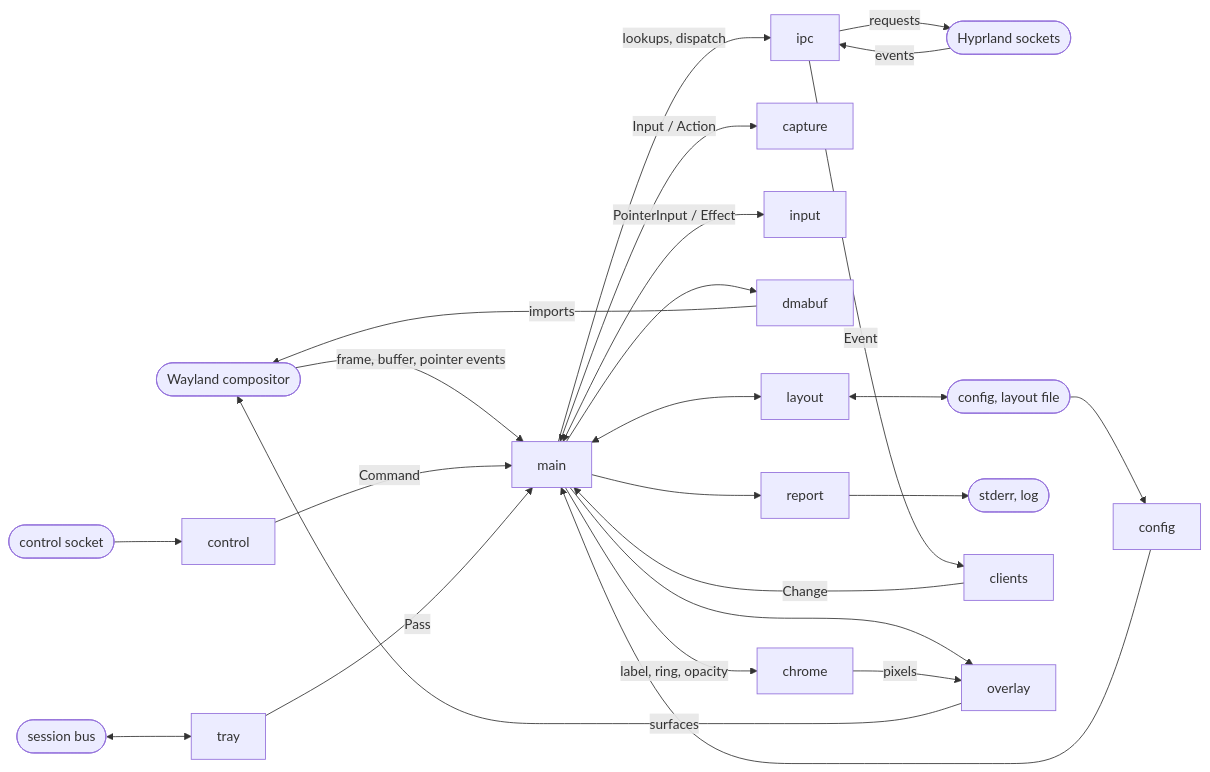
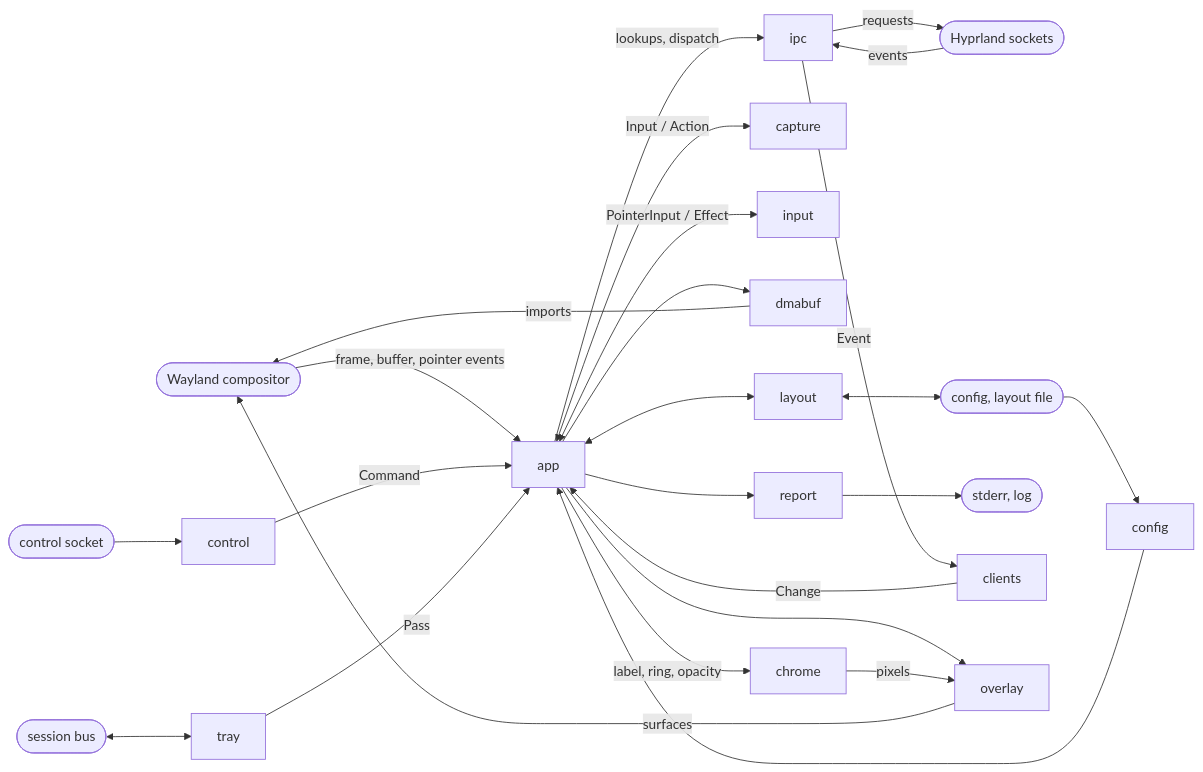
Before and after one commit to greg2010/hypr-eve-preview: the diagram in docs/architecture.md, drawn with Mermaid. The commit also changed other lines of this file and 4 other files, not shown here.

````diff
--- a/docs/architecture.md
+++ b/docs/architecture.md
@@ -31,23 +36,23 @@
 ```mermaid
 flowchart LR
   WL([Wayland compositor])
   HY([Hyprland sockets])
   CS([control socket])
   BUS([session bus])
   FS([config, layout file])
   ERR([stderr, log])
-  WL -->|frame, buffer, pointer events| main
-  HY -->|events| ipc -->|Event| clients -->|Change| main
-  CS --> control -->|Command| main
-  BUS <--> tray -->|Pass| main
-  main <-->|Input / Action| capture
-  main <-->|PointerInput / Effect| input
-  main -->|lookups, dispatch| ipc -->|requests| HY
-  main --> dmabuf -->|imports| WL
-  main --> overlay -->|surfaces| WL
-  main -->|label, ring, opacity| chrome
+  WL -->|frame, buffer, pointer events| app
+  HY -->|events| ipc -->|Event| clients -->|Change| app
+  CS --> control -->|Command| app
+  BUS <--> tray -->|Pass| app
+  app <-->|Input / Action| capture
+  app <-->|PointerInput / Effect| input
+  app -->|lookups, dispatch| ipc -->|requests| HY
+  app --> dmabuf -->|imports| WL
+  app --> overlay -->|surfaces| WL
+  app -->|label, ring, opacity| chrome
   chrome -->|pixels| overlay
-  FS --> config --> main
-  main <--> layout <--> FS
-  main --> report --> ERR
+  FS --> config --> app
+  app <--> layout <--> FS
+  app --> report --> ERR
 ```
````
